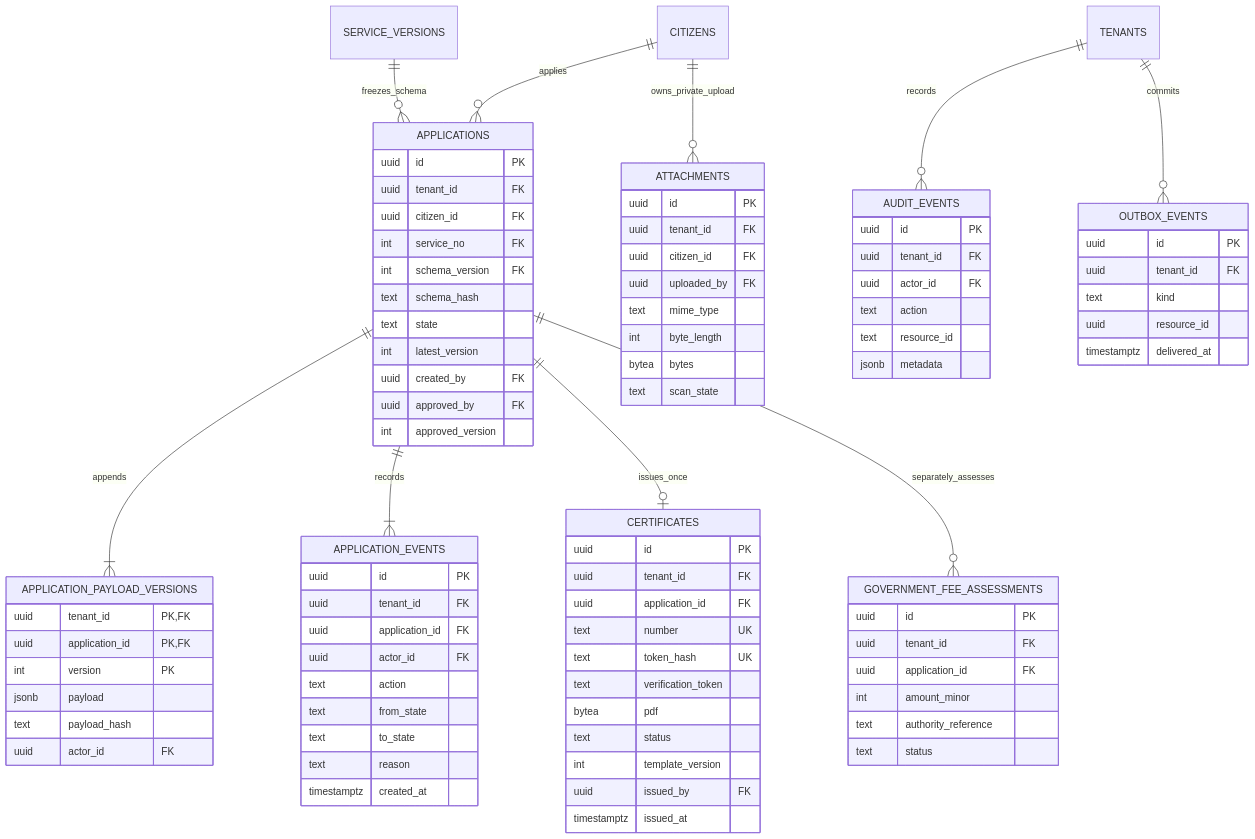
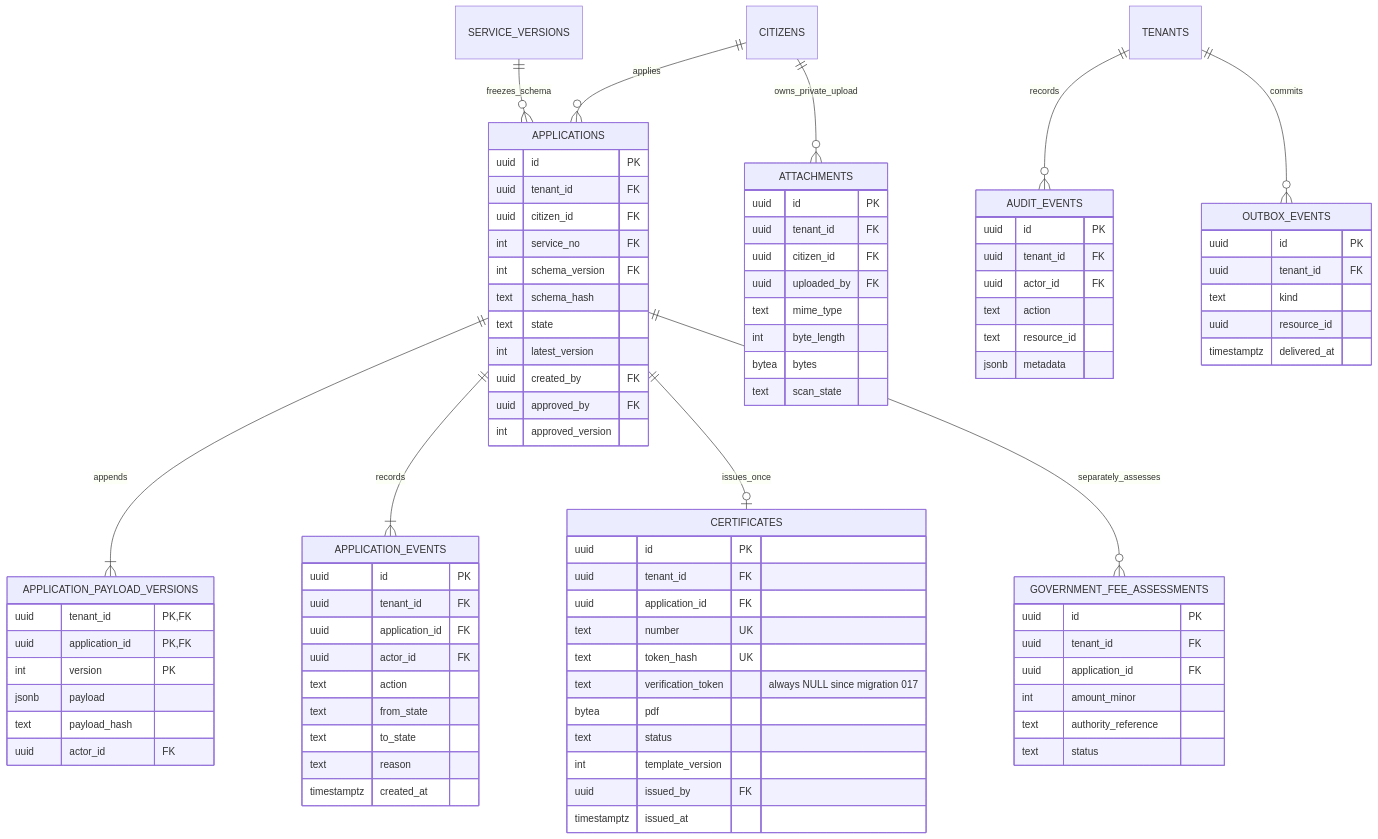
Before and after one commit to sajeeb-ahmeed/astra-union-services: the third of 4 diagrams in docs/ERD.md, drawn with Mermaid. The commit also changed 8 other files, not shown here.

```diff
--- a/docs/ERD.md
+++ b/docs/ERD.md
@@ -193,7 +193,7 @@
         uuid application_id FK
         text number UK
         text token_hash UK
-        text verification_token
+        text verification_token "always NULL since migration 017"
         bytea pdf
         text status
         int template_version
```
